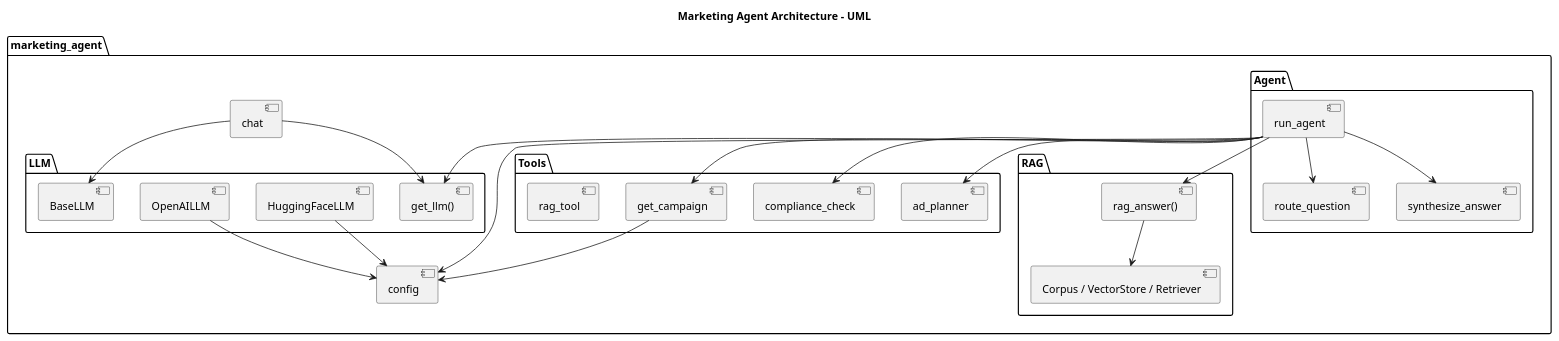
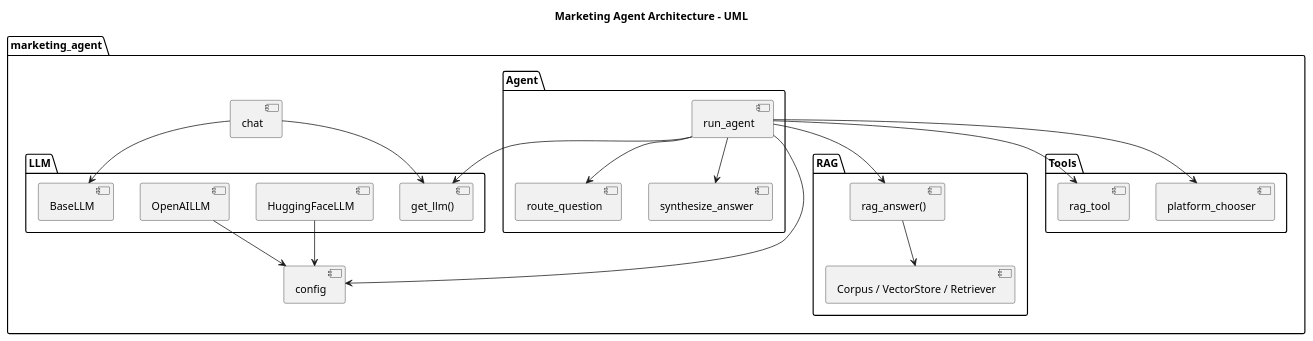
The diagram in docs/architecture.puml (JarrettChen217/EECS-E6895-Big_Data_AI-MidTerm_Project), drawn with PlantUML before and after one commit. The commit also changed 16 other files, not shown here.

Commit message:
feat: Canceled the tools not necessary, and force the agent to use platform_chooser and rag tools for the plan generation. Update README with architecture details, add test instructions, and improve language consistency; refactor tools and remove legacy components

```diff
--- a/docs/architecture.puml
+++ b/docs/architecture.puml
@@ -1,58 +1,51 @@
 @startuml
 
 title Marketing Agent Architecture - UML
 
 package "marketing_agent" {
 
   [config]
 
   package "LLM" {
     [BaseLLM]
     [HuggingFaceLLM]
     [OpenAILLM]
     [get_llm()]
   }
 
   package "RAG" {
     [Corpus / VectorStore / Retriever]
     [rag_answer()]
   }
 
   package "Tools" {
-    [ad_planner]
-    [compliance_check]
-    [get_campaign]
+    [platform_chooser]
     [rag_tool]
   }
 
   package "Agent" {
     [route_question]
     [run_agent]
     [synthesize_answer]
   }
 
   [chat]
 }
 
-' 对外入口
 [chat] --> [get_llm()]
 [chat] --> [BaseLLM]
 
 [run_agent] --> [route_question]
 [run_agent] --> [synthesize_answer]
 [run_agent] --> [get_llm()]
 [run_agent] --> [rag_answer()]
-[run_agent] --> [ad_planner]
-[run_agent] --> [compliance_check]
-[run_agent] --> [get_campaign]
+[run_agent] --> [platform_chooser]
+[run_agent] --> [rag_tool]
 
-' RAG 依赖语料与向量库
 [rag_answer()] --> [Corpus / VectorStore / Retriever]
 
-' 配置依赖关系
 [HuggingFaceLLM] --> [config]
 [OpenAILLM] --> [config]
-[get_campaign] --> [config]
 [run_agent] --> [config]
 
 @enduml
```
